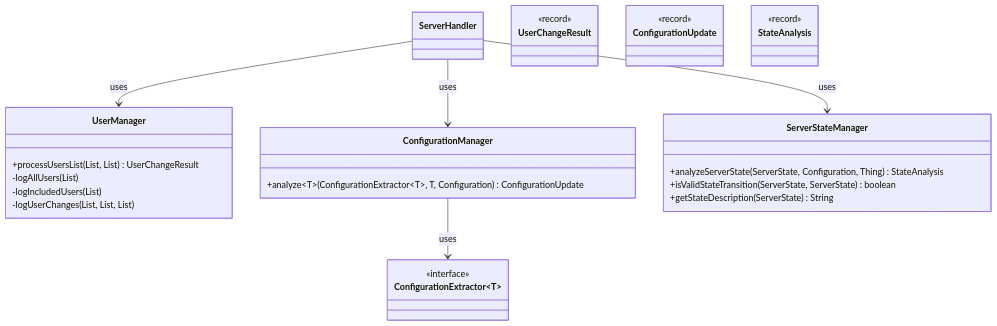
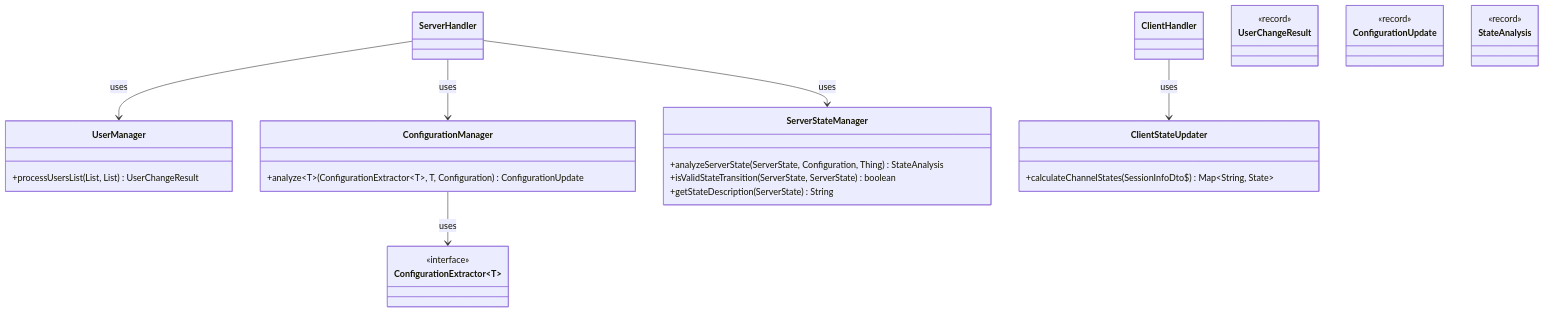
One commit to openhab/openhab-addons changed the diagram in bundles/org.openhab.binding.jellyfin/docs/architecture/utility-classes.md. Above: the diagram before and after it, drawn with Mermaid. The commit also changed other lines of this file and 8 other files, not shown here.

````diff
--- a/bundles/org.openhab.binding.jellyfin/docs/architecture/utility-classes.md
+++ b/bundles/org.openhab.binding.jellyfin/docs/architecture/utility-classes.md
@@ -6,41 +6,43 @@
 ```mermaid
 classDiagram
     %% Utility classes for separation of concerns
     ServerHandler --> UserManager : uses
     ServerHandler --> ConfigurationManager : uses
     ServerHandler --> ServerStateManager : uses
+    ClientHandler --> ClientStateUpdater : uses
 
     class UserManager {
         +processUsersList(List, List) UserChangeResult
-        -logAllUsers(List)
-        -logIncludedUsers(List)
-        -logUserChanges(List, List, List)
     }
 
     class ConfigurationManager {
         +analyze~T~(ConfigurationExtractor~T~, T, Configuration) ConfigurationUpdate
     }
 
     class ConfigurationExtractor~T~ {
         <<interface>>
     }
 
     ConfigurationManager --> ConfigurationExtractor : uses
 
     class ServerStateManager {
         +analyzeServerState(ServerState, Configuration, Thing) StateAnalysis
         +isValidStateTransition(ServerState, ServerState) boolean
         +getStateDescription(ServerState) String
     }
 
+    class ClientStateUpdater {
+        +calculateChannelStates(SessionInfoDto$) Map~String, State~
+    }
+
     %% Records for immutable data transfer (details omitted, see Record Details section)
     class UserChangeResult {
         <<record>>
     }
     class ConfigurationUpdate {
         <<record>>
     }
     class StateAnalysis {
         <<record>>
     }
 ```
````
